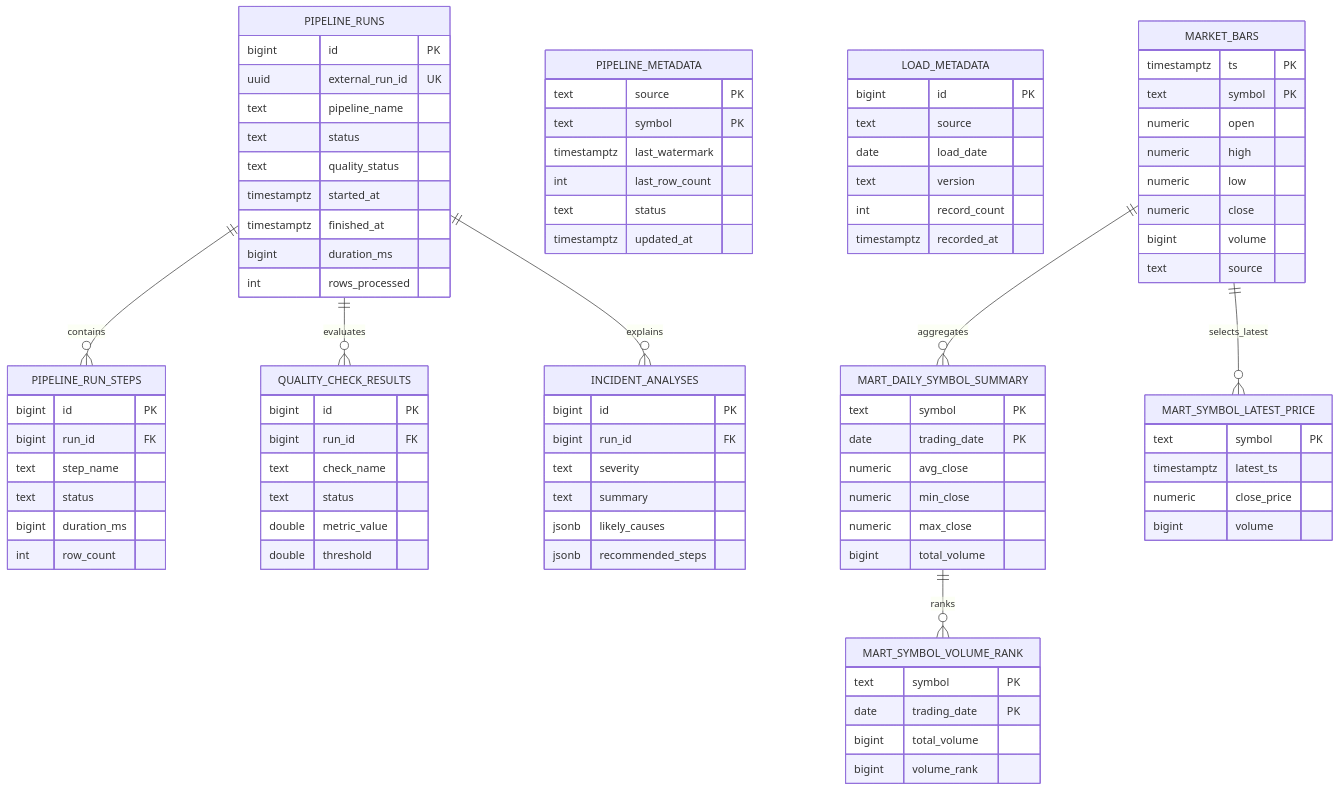
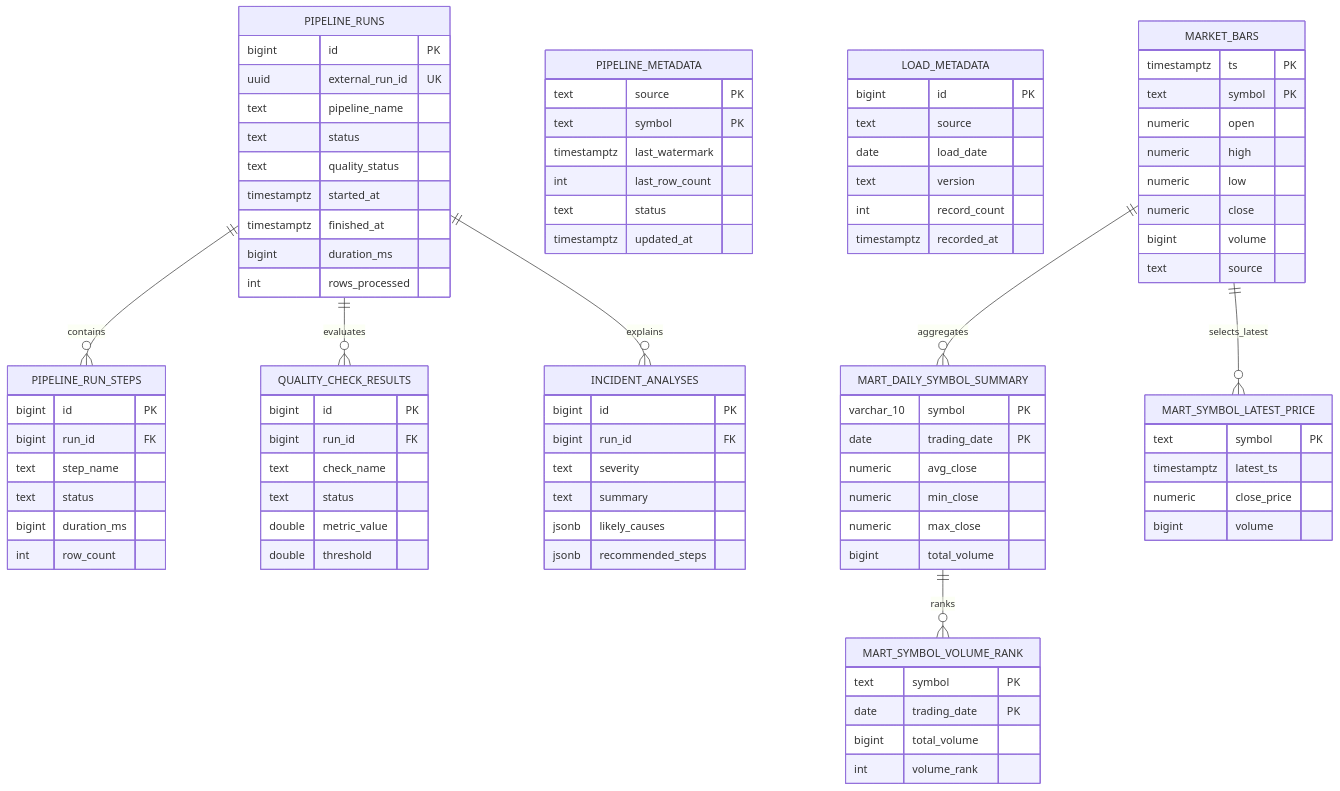
Before and after one commit to Ericliu-eng/de-lakehouse-pipeline: the diagram in docs/DATA_MODEL.md, drawn with Mermaid. The commit also changed other lines of this file and 35 other files, not shown here.

```diff
--- a/docs/DATA_MODEL.md
+++ b/docs/DATA_MODEL.md
@@ -83,7 +83,7 @@
         jsonb recommended_steps
     }
     MART_DAILY_SYMBOL_SUMMARY {
-        text symbol PK
+        varchar_10 symbol PK
         date trading_date PK
         numeric avg_close
         numeric min_close
@@ -100,7 +100,7 @@
         text symbol PK
         date trading_date PK
         bigint total_volume
-        bigint volume_rank
+        int volume_rank
     }
 
     MARKET_BARS ||--o{ MART_DAILY_SYMBOL_SUMMARY : aggregates
```
